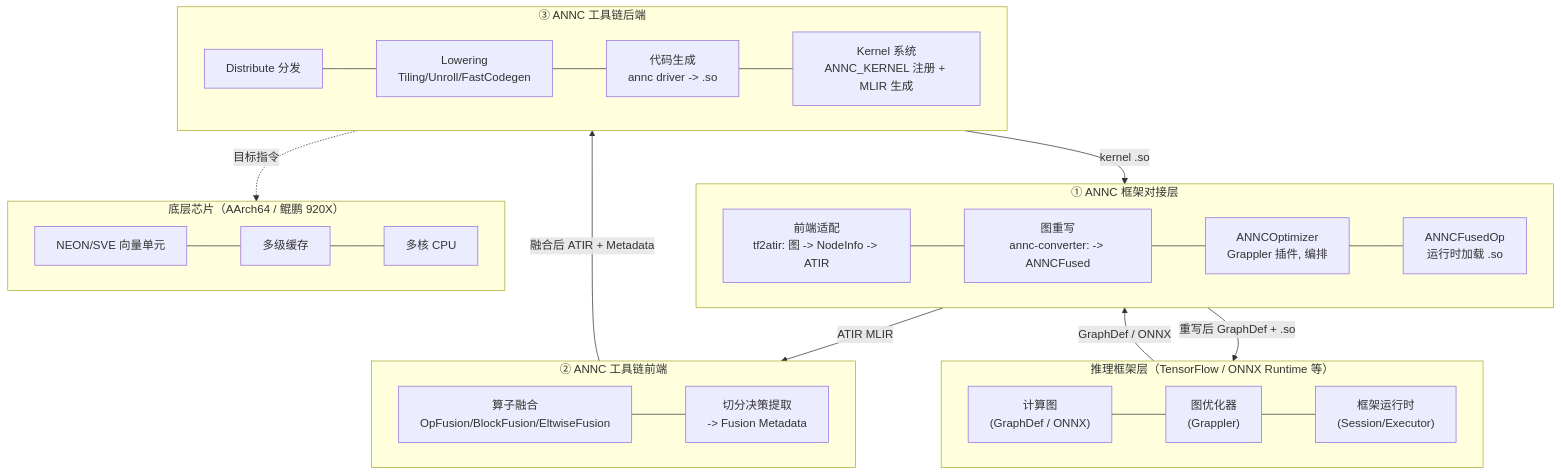
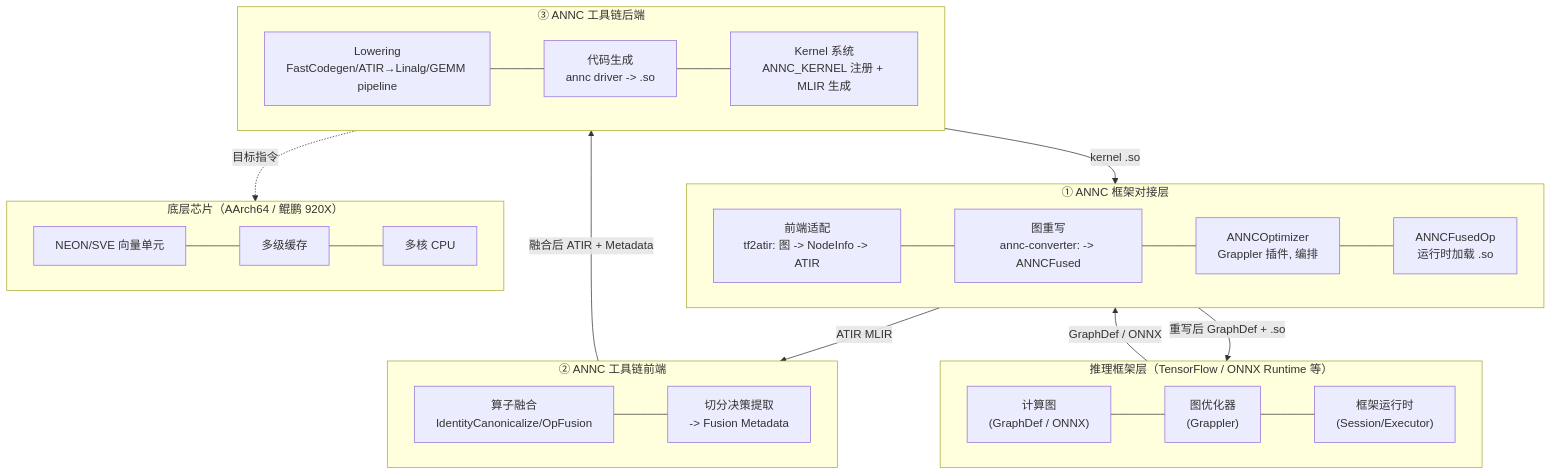
Before and after one commit to openeuler-mirror/ANNC: the fourth of 7 diagrams in docs/annc-architecture-design.md, drawn with Mermaid. The commit also changed other lines of this file and 57 other files, not shown here.

````diff
--- a/docs/annc-architecture-design.md
+++ b/docs/annc-architecture-design.md
@@ -230,34 +230,34 @@
 ```mermaid
 flowchart TB
     subgraph InferenceFramework["推理框架层（TensorFlow / ONNX Runtime 等）"]
         direction LR
         GraphDef["计算图<br/>(GraphDef / ONNX)"] --- Grappler["图优化器<br/>(Grappler)"] --- TFRuntime["框架运行时<br/>(Session/Executor)"]
     end
 
     subgraph FrameworkAdaptor["① ANNC 框架对接层"]
         direction LR
         Adaptor["前端适配<br/>tf2atir: 图 -> NodeInfo -> ATIR"] --- Rewriter["图重写<br/>annc-converter: -> ANNCFused"] --- Optimizer["ANNCOptimizer<br/>Grappler 插件, 编排"] --- FusedOp["ANNCFusedOp<br/>运行时加载 .so"]
     end
 
     subgraph Frontend["② ANNC 工具链前端"]
         direction LR
-        Fusion["算子融合<br/>OpFusion/BlockFusion/EltwiseFusion"] --- Metadata["切分决策提取<br/>-> Fusion Metadata"]
+        Fusion["算子融合<br/>IdentityCanonicalize/OpFusion"] --- Metadata["切分决策提取<br/>-> Fusion Metadata"]
     end
 
     subgraph Backend["③ ANNC 工具链后端"]
         direction LR
-        Distribute["Distribute 分发"] --- Lowering["Lowering<br/>Tiling/Unroll/FastCodegen"] --- Codegen["代码生成<br/>annc driver -> .so"] --- Kernel["Kernel 系统<br/>ANNC_KERNEL 注册 + MLIR 生成"]
+        Lowering["Lowering<br/>FastCodegen/ATIR→Linalg/GEMM pipeline"] --- Codegen["代码生成<br/>annc driver -> .so"] --- Kernel["Kernel 系统<br/>ANNC_KERNEL 注册 + MLIR 生成"]
     end
 
     subgraph Hardware["底层芯片（AArch64 / 鲲鹏 920X）"]
         direction LR
         NEON["NEON/SVE 向量单元"] --- Cache["多级缓存"] --- Core["多核 CPU"]
     end
 
     InferenceFramework -->|"GraphDef / ONNX"| FrameworkAdaptor
     FrameworkAdaptor -->|"ATIR MLIR"| Frontend
     Frontend -->|"融合后 ATIR + Metadata"| Backend
     Backend -->|"kernel .so"| FrameworkAdaptor
     FrameworkAdaptor -->|"重写后 GraphDef + .so"| InferenceFramework
     Backend -.->|"目标指令"| Hardware
 ```
````
